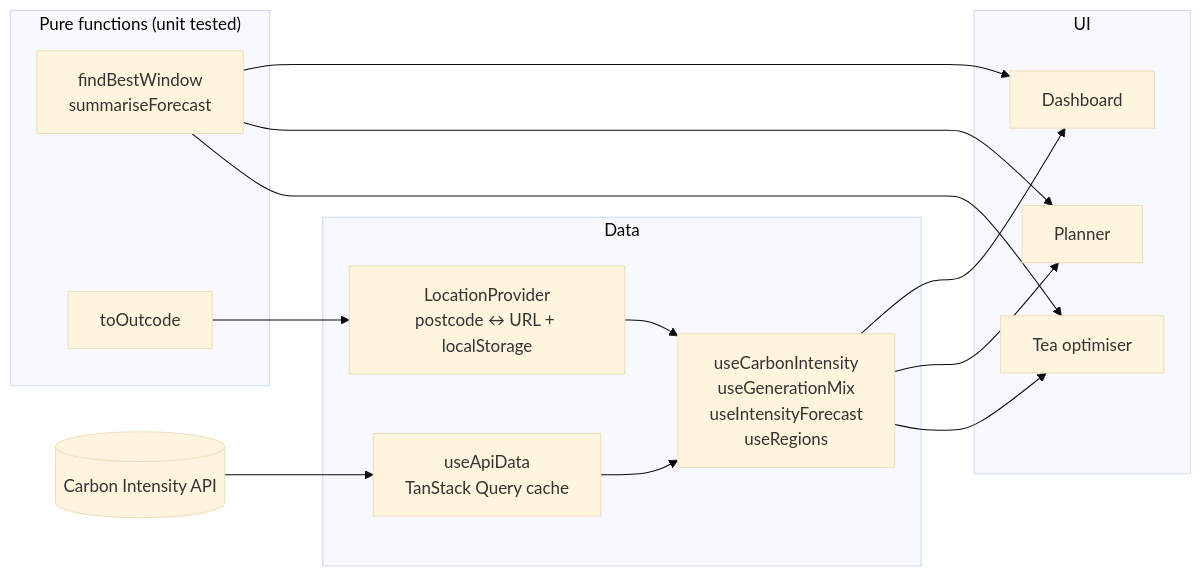
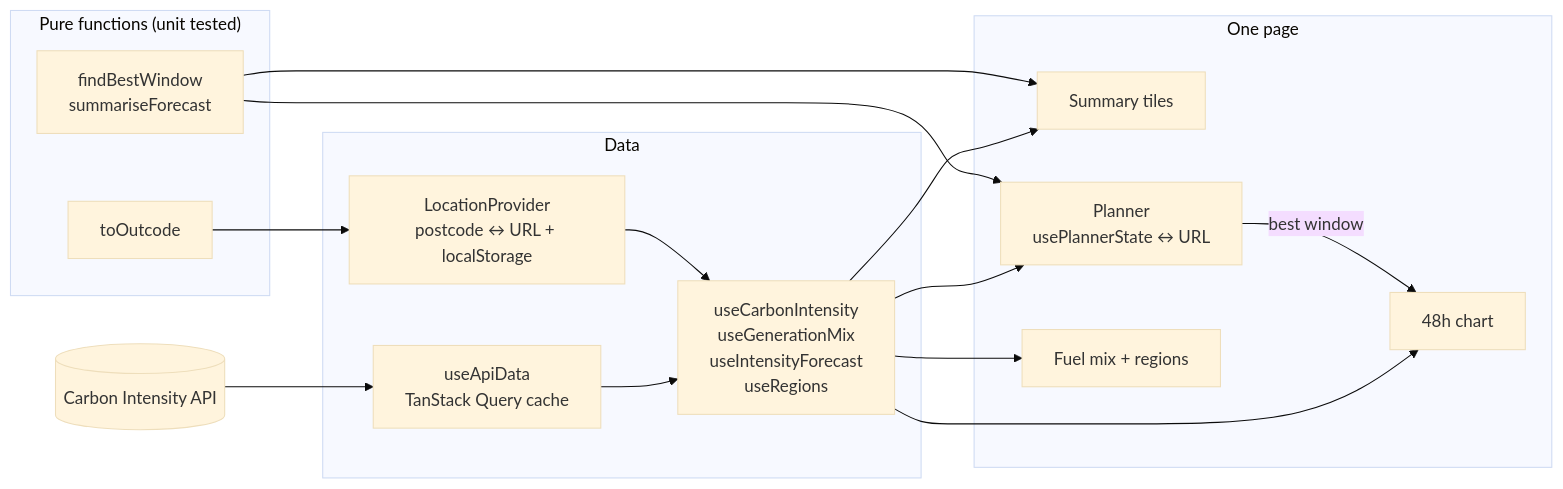
The diagram in README.md (myaferguson/mya-carbon-dashboard), drawn with Mermaid (base theme) before and after one commit. The commit also changed other lines of this file and 5 other files, not shown here.

Commit message:
Update README, CLAUDE.md and screenshots for the one-page layout

````diff
--- a/README.md
+++ b/README.md
@@ -32,23 +34,25 @@
 ```mermaid
 flowchart LR
   API[(Carbon Intensity API)]
   subgraph Data
     Q[useApiData<br/>TanStack Query cache]
     H[useCarbonIntensity<br/>useGenerationMix<br/>useIntensityForecast<br/>useRegions]
     L[LocationProvider<br/>postcode ↔ URL + localStorage]
   end
   subgraph Logic["Pure functions (unit tested)"]
     P[findBestWindow<br/>summariseForecast]
     O[toOutcode]
   end
-  subgraph UI
-    D[Dashboard]
-    PL[Planner]
-    T[Tea optimiser]
+  subgraph UI["One page"]
+    S[Summary tiles]
+    C[48h chart]
+    PL[Planner<br/>usePlannerState ↔ URL]
+    R[Fuel mix + regions]
   end
   API --> Q --> H
   L --> H
-  H --> D & PL & T
-  P --> D & PL & T
+  H --> S & C & PL & R
+  P --> S & PL
+  PL -- best window --> C
   O --> L
 ```
````
